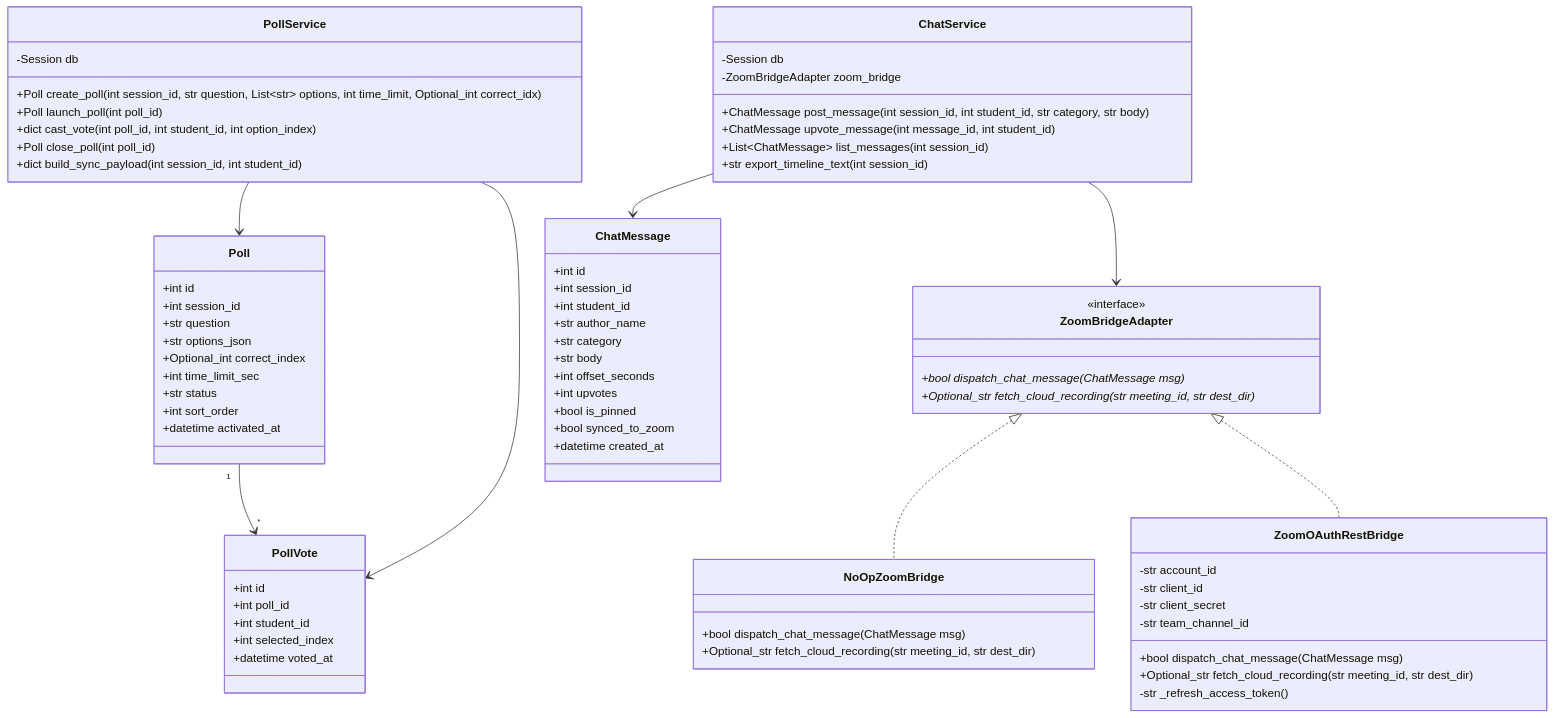
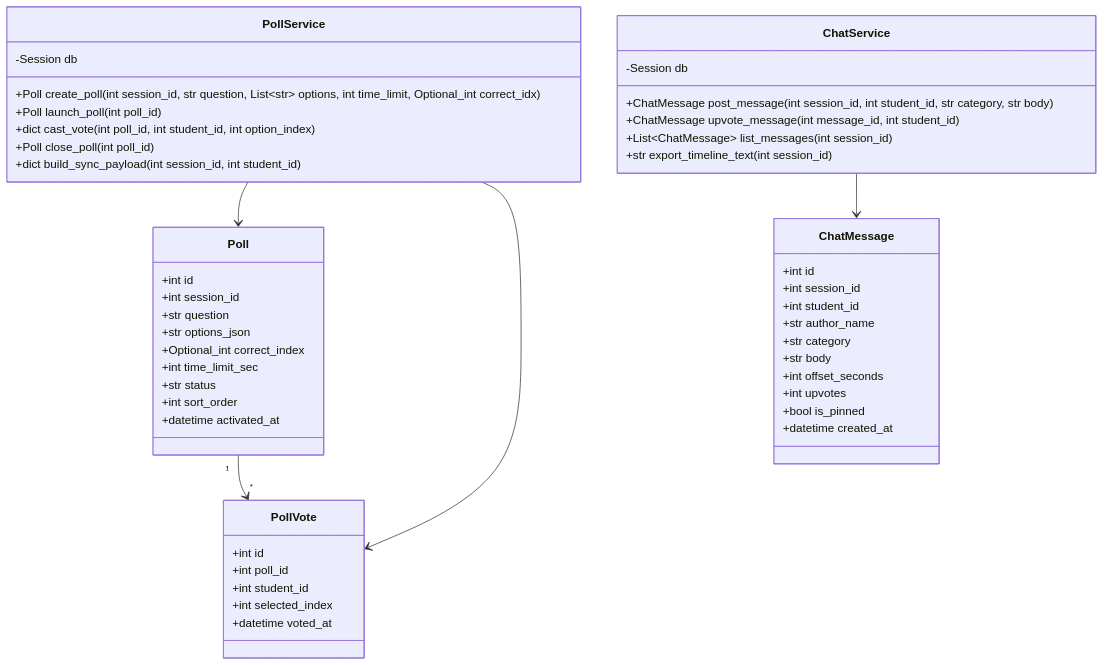
The third of 9 diagrams in docs/software_design_and_architecture.md (ohad-BN/Ex1), drawn with Mermaid before and after one commit. The commit also changed other lines of this file and 32 other files, not shown here.

````diff
--- a/docs/software_design_and_architecture.md
+++ b/docs/software_design_and_architecture.md
@@ -258,7 +255,6 @@
         +int offset_seconds
         +int upvotes
         +bool is_pinned
-        +bool synced_to_zoom
         +datetime created_at
     }
 
@@ -271,30 +267,8 @@
         +dict build_sync_payload(int session_id, int student_id)
     }
 
-    class ZoomBridgeAdapter {
-        <<interface>>
-        +bool dispatch_chat_message(ChatMessage msg)*
-        +Optional_str fetch_cloud_recording(str meeting_id, str dest_dir)*
-    }
-
-    class NoOpZoomBridge {
-        +bool dispatch_chat_message(ChatMessage msg)
-        +Optional_str fetch_cloud_recording(str meeting_id, str dest_dir)
-    }
-
-    class ZoomOAuthRestBridge {
-        -str account_id
-        -str client_id
-        -str client_secret
-        -str team_channel_id
-        +bool dispatch_chat_message(ChatMessage msg)
-        +Optional_str fetch_cloud_recording(str meeting_id, str dest_dir)
-        -str _refresh_access_token()
-    }
-
     class ChatService {
         -Session db
-        -ZoomBridgeAdapter zoom_bridge
         +ChatMessage post_message(int session_id, int student_id, str category, str body)
         +ChatMessage upvote_message(int message_id, int student_id)
         +List~ChatMessage~ list_messages(int session_id)
@@ -305,7 +279,4 @@
     PollService --> Poll
     PollService --> PollVote
     ChatService --> ChatMessage
-    ChatService --> ZoomBridgeAdapter
-    ZoomBridgeAdapter <|.. NoOpZoomBridge
-    ZoomBridgeAdapter <|.. ZoomOAuthRestBridge
 ```
````
